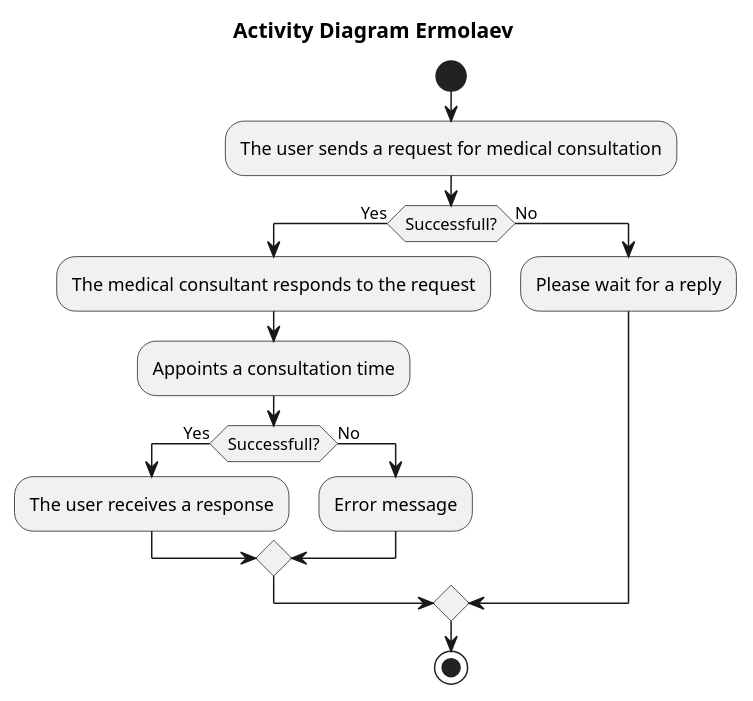
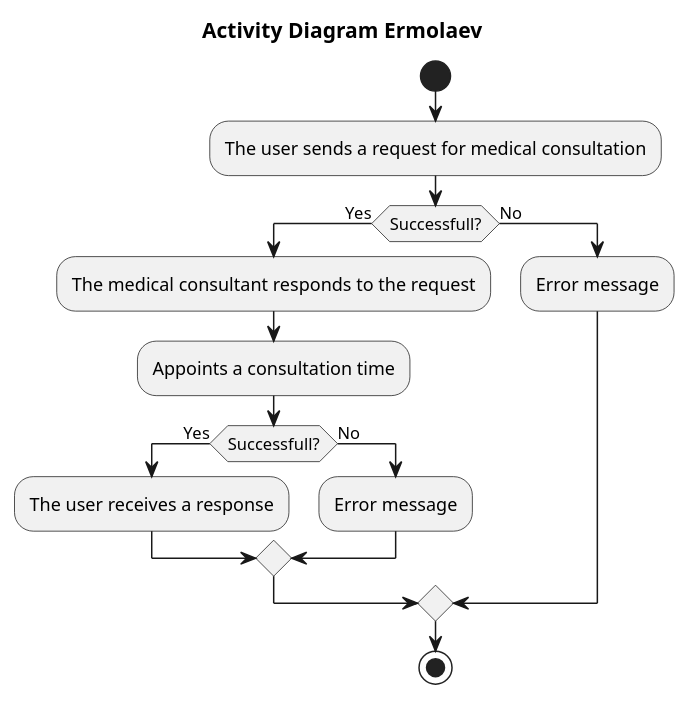
The diagram in 2-SoftwareDesign/2.7-PlantUML/UML-Activity.puml (oleksandrblazhko/ai-214-ermolaev), drawn with PlantUML before and after one commit.

```diff
--- a/2-SoftwareDesign/2.7-PlantUML/UML-Activity.puml
+++ b/2-SoftwareDesign/2.7-PlantUML/UML-Activity.puml
@@ -1,19 +1,19 @@
 @startuml
 title Activity Diagram Ermolaev
 
 start
 :The user sends a request for medical consultation;
 if (Successfull?) then (Yes)
   :The medical consultant responds to the request;
   :Appoints a consultation time;
   if (Successfull?) then (Yes)
     :The user receives a response;
   else (No)
     :Error message;
   endif
 else (No)
-  :Please wait for a reply;
+  :Error message;
 endif
 stop
 
 @enduml
```
